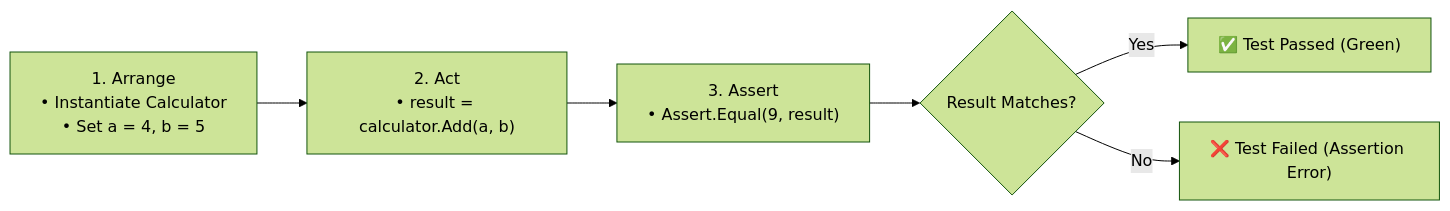
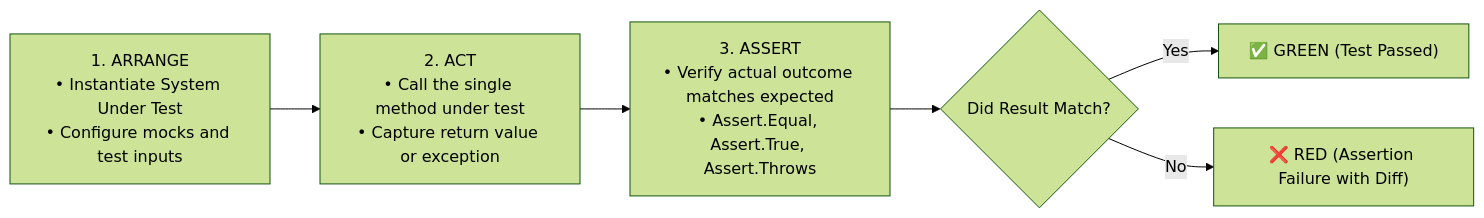
One commit to Singhkunall/Csharp-learning changed the diagram in Main/Topics/25_UnitTesting_xUnit/README.md. Above: the diagram before and after it, drawn with Mermaid (forest theme). The commit also changed other lines of this file and 11 other files, not shown here.

````diff
--- a/Main/Topics/25_UnitTesting_xUnit/README.md
+++ b/Main/Topics/25_UnitTesting_xUnit/README.md
@@ -21,8 +20,9 @@
 ```mermaid
 flowchart LR
-    Arrange["1. Arrange<br/>• Instantiate Calculator<br/>• Set a = 4, b = 5"] --> Act["2. Act<br/>• result = calculator.Add(a, b)"]
-    Act --> AssertStep["3. Assert<br/>• Assert.Equal(9, result)"]
-    AssertStep --> Passed{"Result Matches?"}
-    Passed -- Yes --> Green["✅ Test Passed (Green)"]
-    Passed -- No --> Red["❌ Test Failed (Assertion Error)"]
+    Arrange["1. ARRANGE<br/>• Instantiate System Under Test<br/>• Configure mocks and test inputs"] --> Act["2. ACT<br/>• Call the single method under test<br/>• Capture return value or exception"]
+    Act --> AssertStep["3. ASSERT<br/>• Verify actual outcome matches expected<br/>• Assert.Equal, Assert.True, Assert.Throws"]
+    
+    AssertStep --> Eval{"Did Result Match?"}
+    Eval -- Yes --> Green["✅ GREEN (Test Passed)"]
+    Eval -- No --> Red["❌ RED (Assertion Failure with Diff)"]
 ```
````
